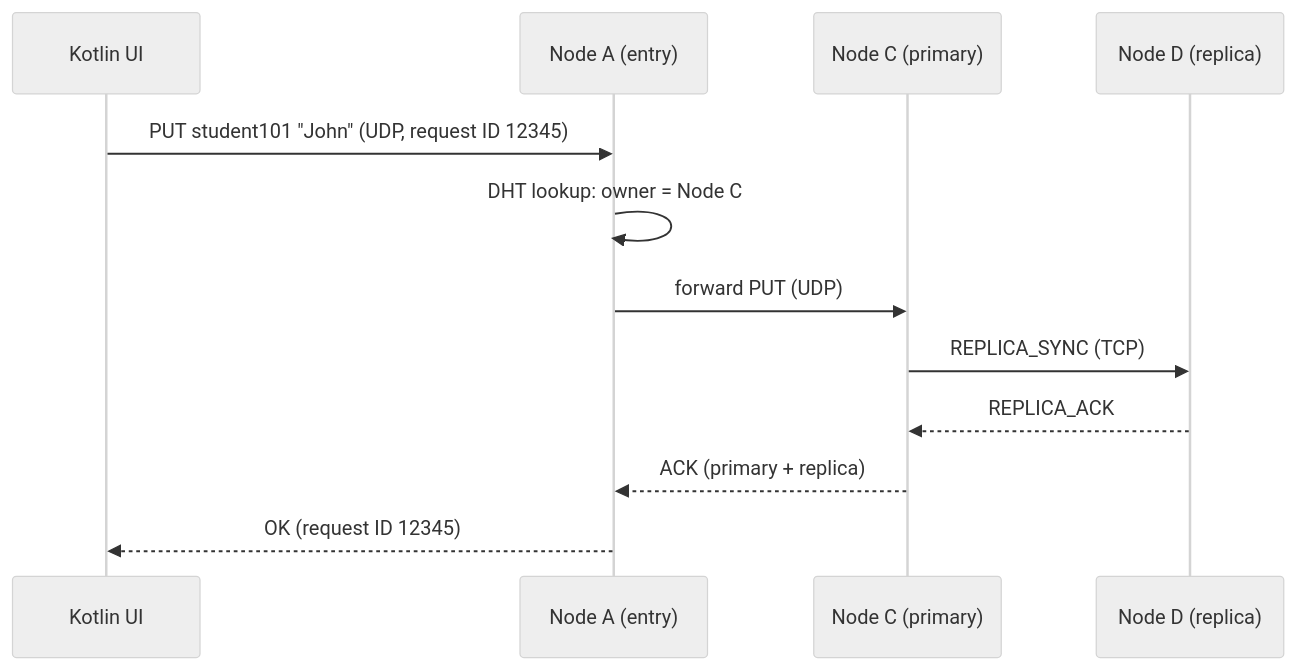
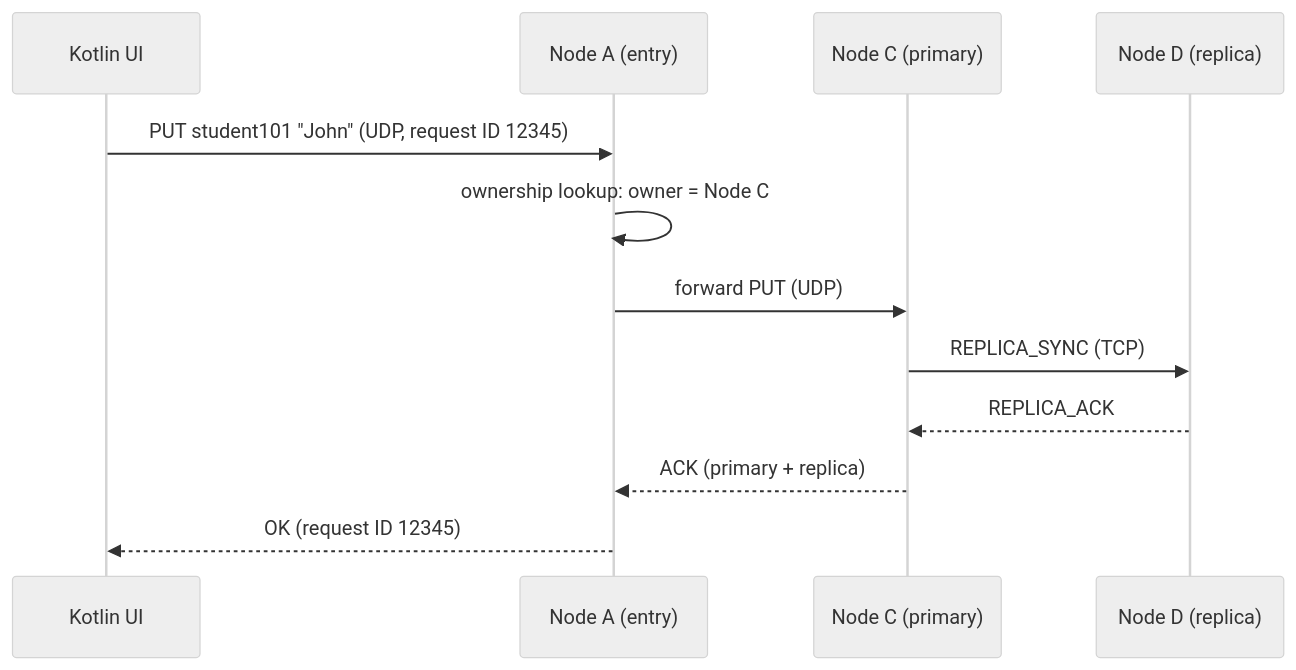
Before and after one commit to vasilev-anri/distributed_key-value_database: the third of 7 diagrams in README.md, drawn with Mermaid (neutral theme). The commit also changed other lines of this file, not shown here.

````diff
--- a/README.md
+++ b/README.md
@@ -106,15 +116,15 @@
 ```mermaid
 sequenceDiagram
     participant UI as Kotlin UI
     participant A as Node A (entry)
     participant C as Node C (primary)
     participant D as Node D (replica)
 
     UI->>A: PUT student101 "John" (UDP, request ID 12345)
-    A->>A: DHT lookup: owner = Node C
+    A->>A: ownership lookup: owner = Node C
     A->>C: forward PUT (UDP)
     C->>D: REPLICA_SYNC (TCP)
     D-->>C: REPLICA_ACK
     C-->>A: ACK (primary + replica)
     A-->>UI: OK (request ID 12345)
 ```
````
